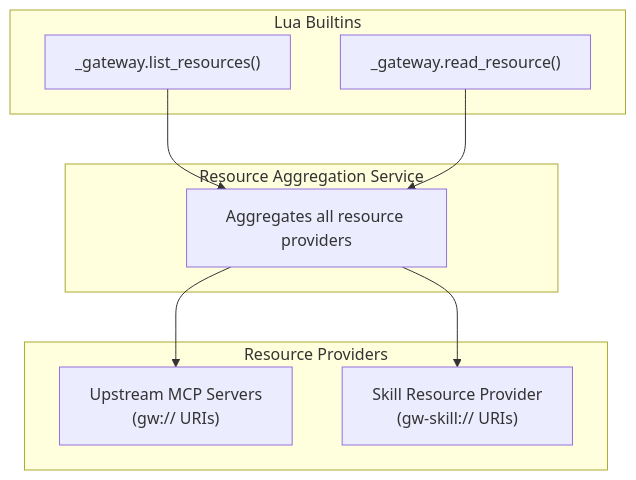
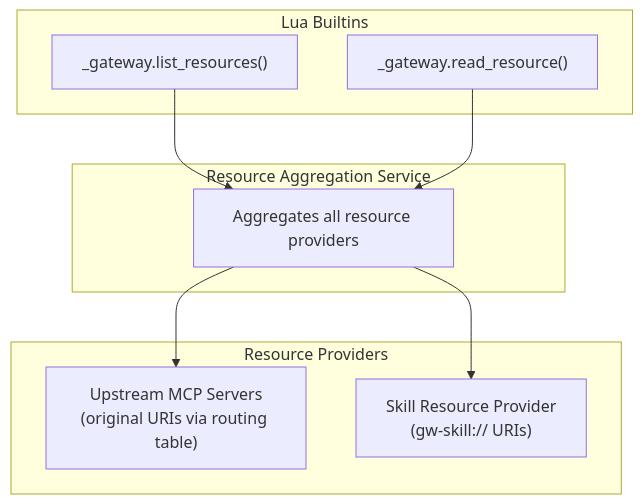
One commit to karashiiro/my-cool-proxy changed the fifth of 5 diagrams in docs/design/skills.md. Above: the diagram before and after it, drawn with Mermaid. The commit also changed other lines of this file and 8 other files, not shown here.

````diff
--- a/docs/design/skills.md
+++ b/docs/design/skills.md
@@ -279,21 +281,21 @@
 ```mermaid
 flowchart TB
     subgraph Builtins["Lua Builtins"]
         ListRes["_gateway.list_resources()"]
         ReadRes["_gateway.read_resource()"]
     end
 
     subgraph Aggregation["Resource Aggregation Service"]
         Agg["Aggregates all resource providers"]
     end
 
     subgraph Providers["Resource Providers"]
-        Upstream["Upstream MCP Servers<br/>(gw:// URIs)"]
+        Upstream["Upstream MCP Servers<br/>(original URIs via routing table)"]
         Skills["Skill Resource Provider<br/>(gw-skill:// URIs)"]
     end
 
     ListRes --> Agg
     ReadRes --> Agg
     Agg --> Upstream
     Agg --> Skills
 ```
````
